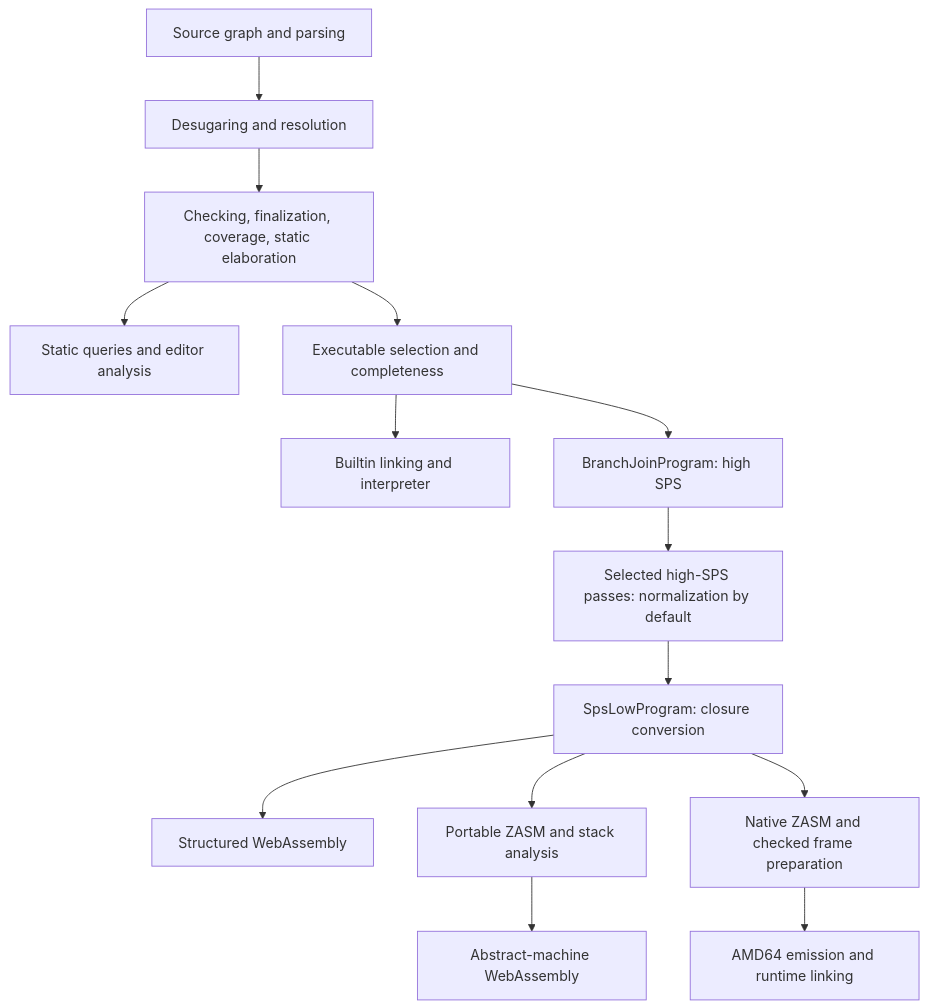
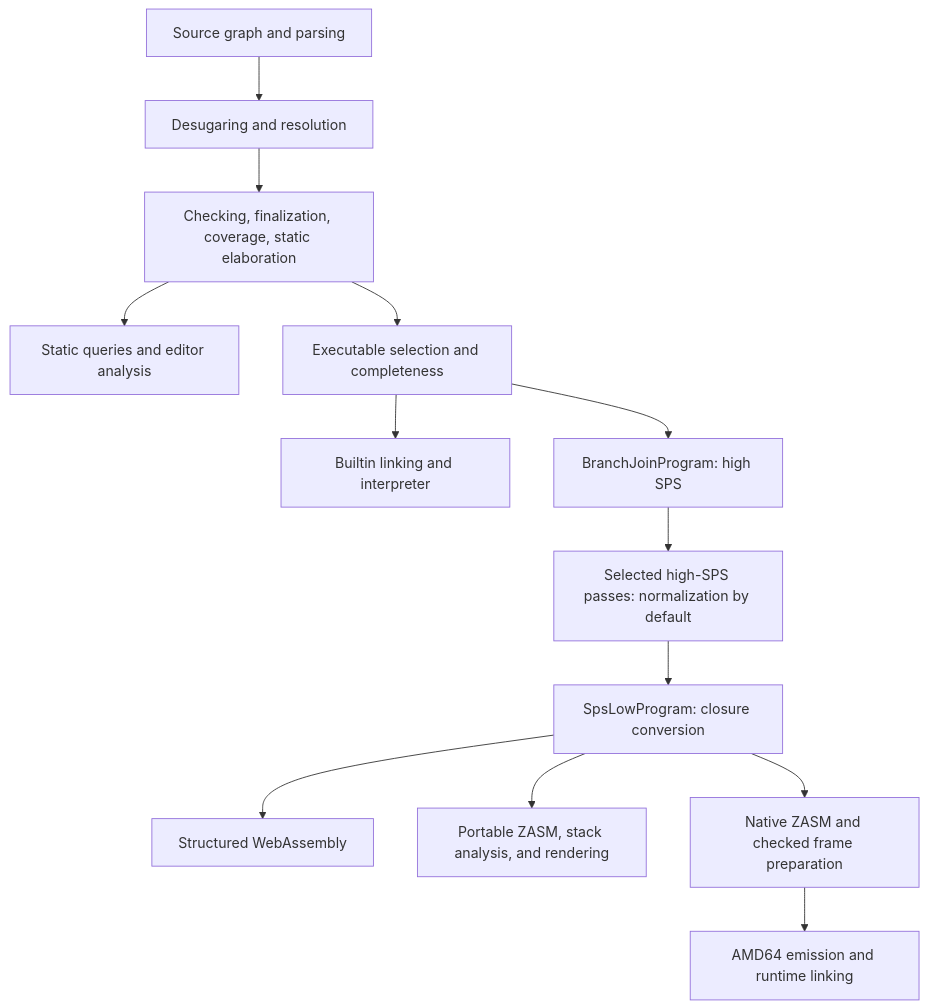
The diagram in docs/references/compiler.md (zydeco-lang/zydeco), drawn with Mermaid before and after one commit. The commit also changed other lines of this file and 50 other files, not shown here.

Commit message:
incr: remove the abstract-machine Wasm backend

````diff
--- a/docs/references/compiler.md
+++ b/docs/references/compiler.md
@@ -42,16 +42,15 @@
 ```mermaid
 flowchart TD
     Sources[Source graph and parsing] --> Frontend[Desugaring and resolution]
     Frontend --> Statics[Checking, finalization, coverage, static elaboration]
     Statics --> Queries[Static queries and editor analysis]
     Statics --> Entry[Executable selection and completeness]
     Entry --> Dynamics[Builtin linking and interpreter]
     Entry --> High[BranchJoinProgram: high SPS]
     High --> Normalize[Selected high-SPS passes: normalization by default]
     Normalize --> Low[SpsLowProgram: closure conversion]
     Low --> SPS[Structured WebAssembly]
-    Low --> Portable[Portable ZASM and stack analysis]
-    Portable --> AM[Abstract-machine WebAssembly]
+    Low --> Portable[Portable ZASM, stack analysis, and rendering]
     Low --> Native[Native ZASM and checked frame preparation]
     Native --> AMD64[AMD64 emission and runtime linking]
 ```
````
